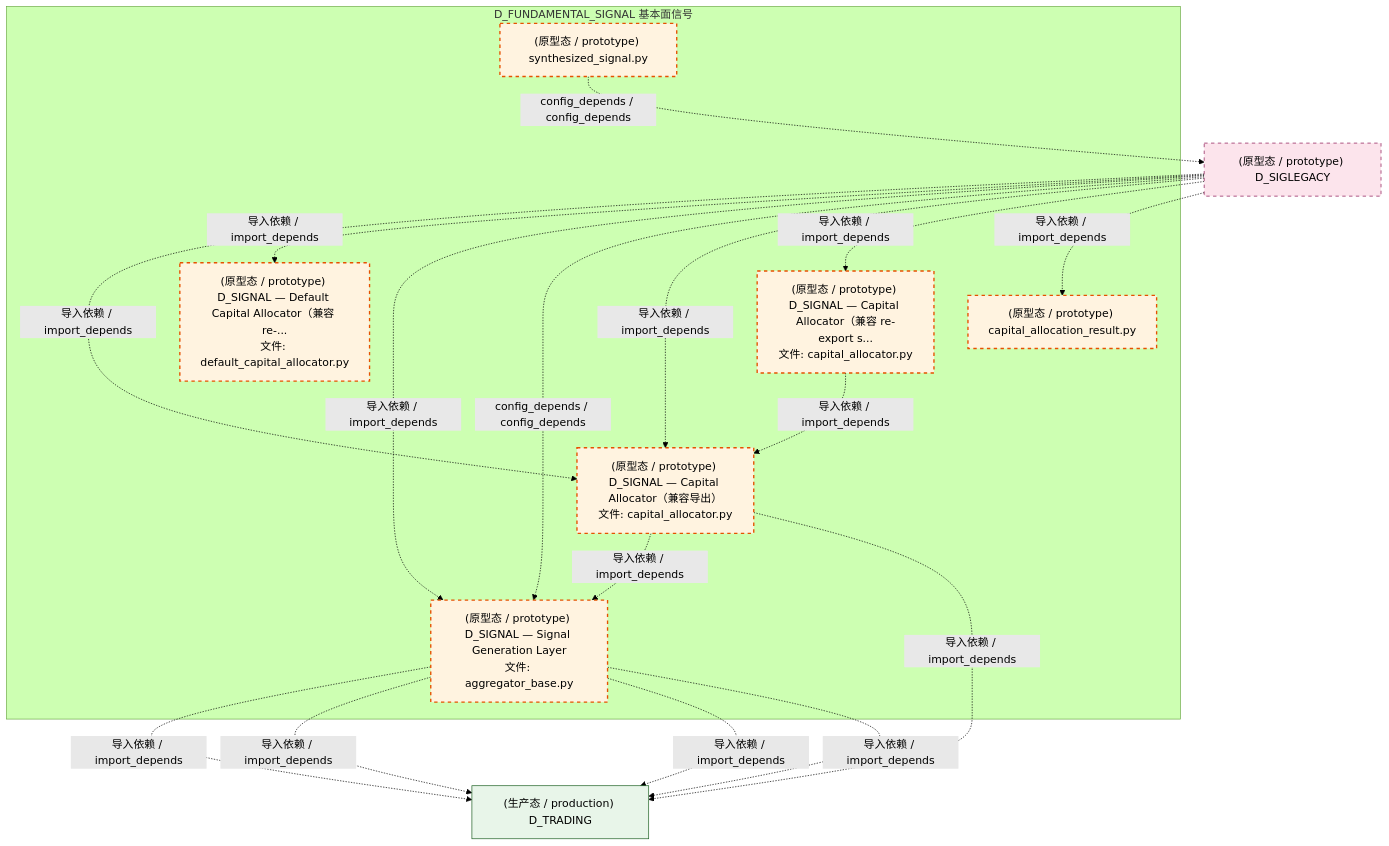
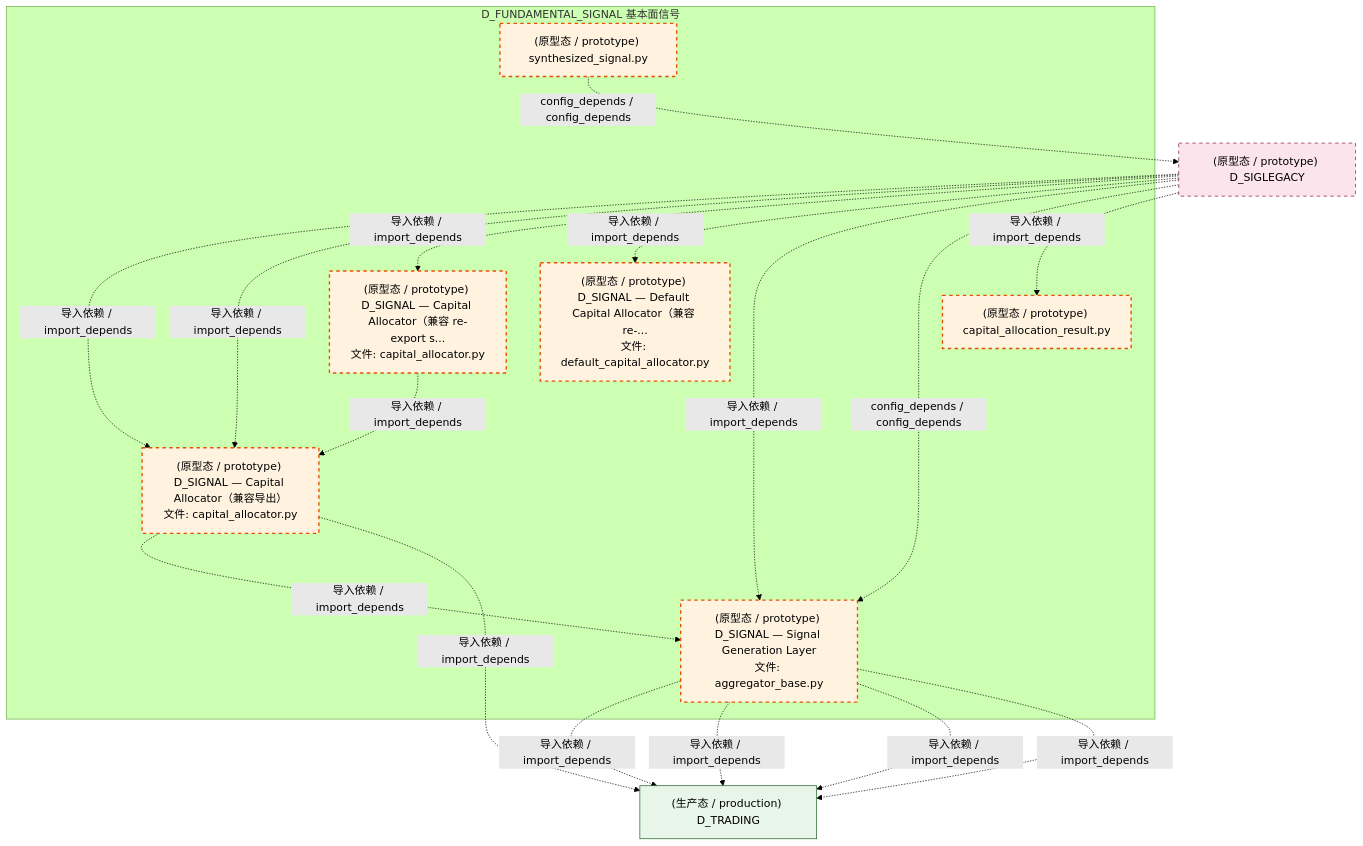
Before and after one commit to xuanFelixVan/ZephyrAlpha: the third of 4 diagrams in docs/02_enterprise_architecture/02_domain_architecture_docs/37_d_fundamental_signal.md, drawn with Mermaid (forest theme). The commit also changed other lines of this file and 126 other files, not shown here.

````diff
--- a/docs/02_enterprise_architecture/02_domain_architecture_docs/37_d_fundamental_signal.md
+++ b/docs/02_enterprise_architecture/02_domain_architecture_docs/37_d_fundamental_signal.md
@@ -177,35 +177,35 @@
 ```mermaid
 graph TD
     subgraph D_FUNDAMENTAL_SIGNAL["D_FUNDAMENTAL_SIGNAL 基本面信号"]
         src_zephyr_signal_fundamental_capital_capital_allocation_result_py["(原型态 / prototype) capital_allocation_result.py"]
         src_zephyr_signal_fundamental_capital_capital_allocator_py["(原型态 / prototype) D_SIGNAL — Capital Allocator（兼容 re-export s...<br/>文件: capital_allocator.py"]
         src_zephyr_signal_fundamental_capital_default_capital_allocator_py["(原型态 / prototype) D_SIGNAL — Default Capital Allocator（兼容 re-...<br/>文件: default_capital_allocator.py"]
         src_zephyr_signal_fundamental_combiner_synthesized_signal_py["(原型态 / prototype) synthesized_signal.py"]
         src_zephyr_signal_fundamental_gen_aggregator_base_py["(原型态 / prototype) D_SIGNAL — Signal Generation Layer<br/>文件: aggregator_base.py"]
         src_zephyr_signal_fundamental_strategy_capital_allocator_py["(原型态 / prototype) D_SIGNAL — Capital Allocator（兼容导出）<br/>文件: capital_allocator.py"]
     end
     src_zephyr_signal_fundamental_capital_capital_allocator_py -.->|导入依赖 / import_depends| src_zephyr_signal_fundamental_strategy_capital_allocator_py
     src_zephyr_signal_fundamental_strategy_capital_allocator_py -.->|导入依赖 / import_depends| src_zephyr_signal_fundamental_gen_aggregator_base_py
+    D_SIGLEGACY["(原型态 / prototype) D_SIGLEGACY"]
+    src_zephyr_signal_fundamental_combiner_synthesized_signal_py -.->|config_depends / config_depends| D_SIGLEGACY
     D_TRADING["(生产态 / production) D_TRADING"]
     src_zephyr_signal_fundamental_gen_aggregator_base_py -.->|导入依赖 / import_depends| D_TRADING
     src_zephyr_signal_fundamental_gen_aggregator_base_py -.->|导入依赖 / import_depends| D_TRADING
-    D_SIGLEGACY["(原型态 / prototype) D_SIGLEGACY"]
-    src_zephyr_signal_fundamental_combiner_synthesized_signal_py -.->|config_depends / config_depends| D_SIGLEGACY
     src_zephyr_signal_fundamental_gen_aggregator_base_py -.->|导入依赖 / import_depends| D_TRADING
     src_zephyr_signal_fundamental_strategy_capital_allocator_py -.->|导入依赖 / import_depends| D_TRADING
     src_zephyr_signal_fundamental_gen_aggregator_base_py -.->|导入依赖 / import_depends| D_TRADING
     D_SIGLEGACY -.->|导入依赖 / import_depends| src_zephyr_signal_fundamental_strategy_capital_allocator_py
+    D_SIGLEGACY -.->|导入依赖 / import_depends| src_zephyr_signal_fundamental_strategy_capital_allocator_py
+    D_SIGLEGACY -.->|导入依赖 / import_depends| src_zephyr_signal_fundamental_capital_capital_allocator_py
     D_SIGLEGACY -.->|导入依赖 / import_depends| src_zephyr_signal_fundamental_capital_default_capital_allocator_py
     D_SIGLEGACY -.->|导入依赖 / import_depends| src_zephyr_signal_fundamental_gen_aggregator_base_py
     D_SIGLEGACY -.->|config_depends / config_depends| src_zephyr_signal_fundamental_gen_aggregator_base_py
-    D_SIGLEGACY -.->|导入依赖 / import_depends| src_zephyr_signal_fundamental_strategy_capital_allocator_py
-    D_SIGLEGACY -.->|导入依赖 / import_depends| src_zephyr_signal_fundamental_capital_capital_allocator_py
     D_SIGLEGACY -.->|导入依赖 / import_depends| src_zephyr_signal_fundamental_capital_capital_allocation_result_py
     classDef production fill:#e1f5fe,stroke:#01579b,stroke-width:2px,color:#000
     classDef design fill:#fff3e0,stroke:#e65100,stroke-width:2px,color:#000,stroke-dasharray: 5 5
     classDef external_prod fill:#e8f5e9,stroke:#1b5e20,stroke-width:1px,color:#000
     classDef external_design fill:#fce4ec,stroke:#880e4f,stroke-width:1px,color:#000,stroke-dasharray: 5 5
     class src_zephyr_signal_fundamental_capital_capital_allocation_result_py,src_zephyr_signal_fundamental_capital_capital_allocator_py,src_zephyr_signal_fundamental_capital_default_capital_allocator_py,src_zephyr_signal_fundamental_combiner_synthesized_signal_py,src_zephyr_signal_fundamental_gen_aggregator_base_py,src_zephyr_signal_fundamental_strategy_capital_allocator_py design
     class D_TRADING external_prod
     class D_SIGLEGACY external_design
 ```
````
